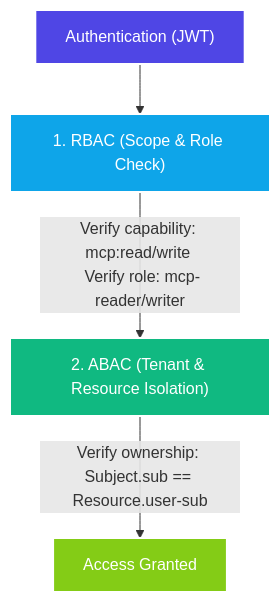
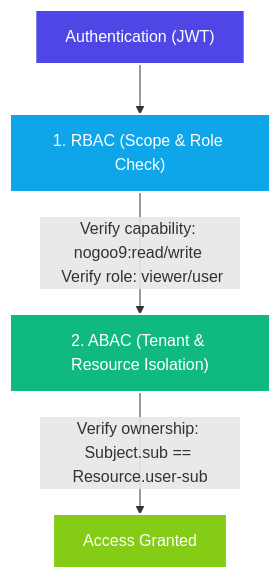
Before and after one commit to nogoo9/no-crd: the first of 2 diagrams in docs/advanced-auth.md, drawn with Mermaid. The commit also changed other lines of this file and 29 other files, not shown here.

````diff
--- a/docs/advanced-auth.md
+++ b/docs/advanced-auth.md
@@ -14,11 +14,11 @@
 ```mermaid
 flowchart TD
     A["Authentication (JWT)"] --> B["1. RBAC (Scope & Role Check)"]
-    B -->|"Verify capability: mcp:read/write \n Verify role: mcp-reader/writer"| C["2. ABAC (Tenant & Resource Isolation)"]
+    B -->|"Verify capability: nogoo9:read/write \n Verify role: viewer/user"| C["2. ABAC (Tenant & Resource Isolation)"]
     C -->|"Verify ownership: Subject.sub == Resource.user-sub"| D["Access Granted"]
     
     style A fill:#4F46E5,stroke:#fff,stroke-width:2px,color:#fff
     style B fill:#0EA5E9,stroke:#fff,stroke-width:2px,color:#fff
     style C fill:#10B981,stroke:#fff,stroke-width:2px,color:#fff
     style D fill:#84CC16,stroke:#fff,stroke-width:2px,color:#fff
 ```
````
